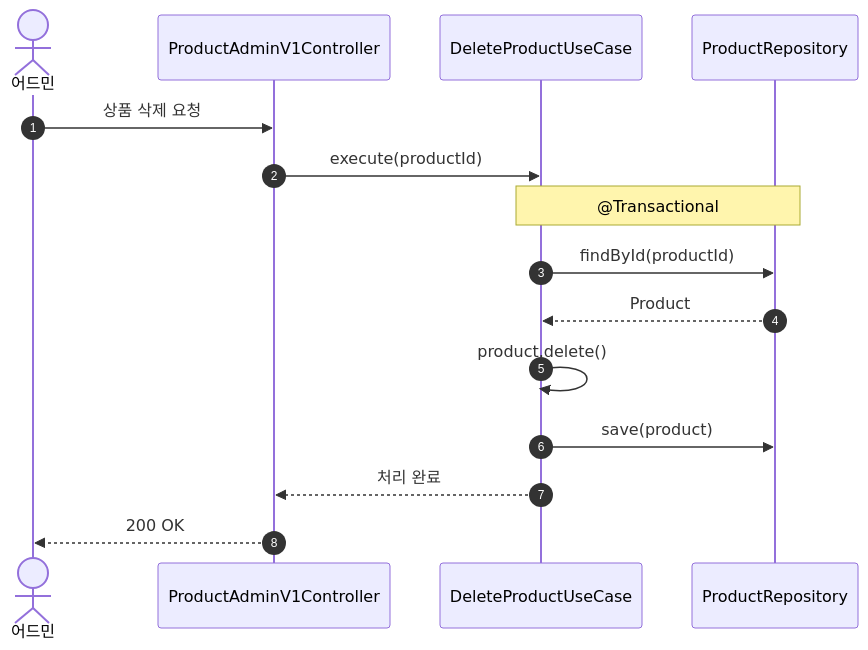
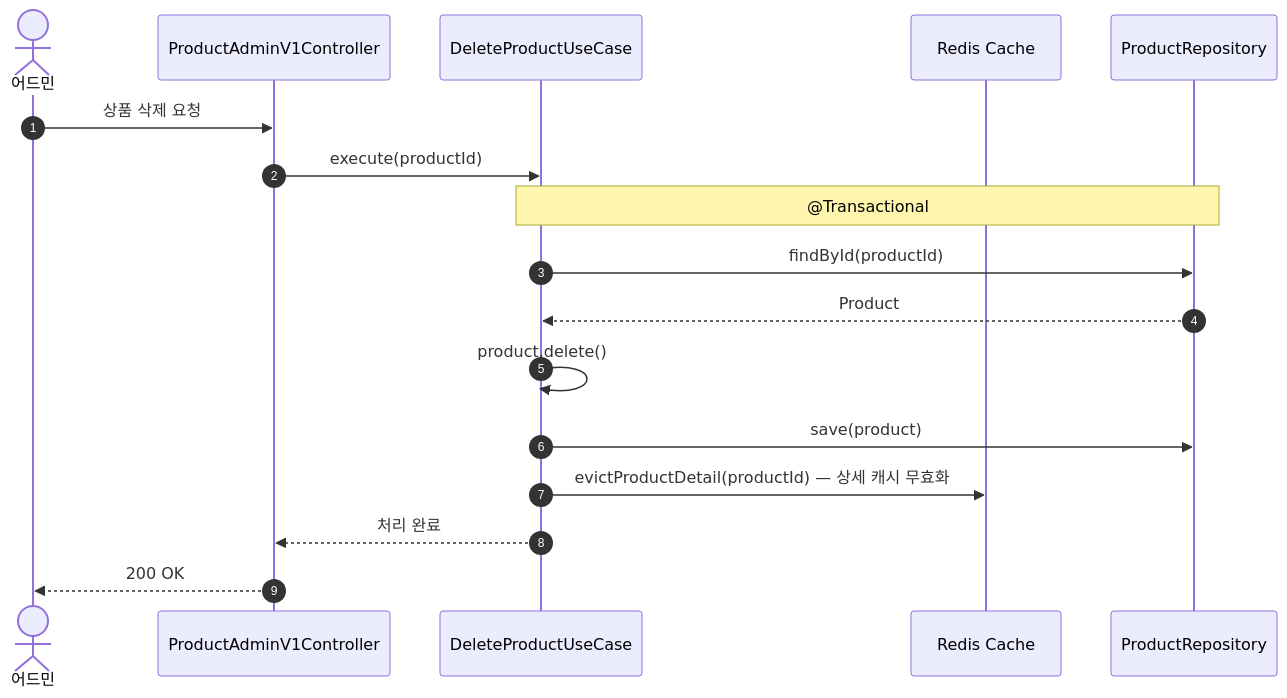
Diagram 14 of 30 in docs/design/02-sequence-diagrams.md (Loopers-dev-lab/loop-pack-be-l2-vol3-kotlin), drawn with Mermaid before and after one commit. The commit also changed other lines of this file and 4 other files, not shown here.

````diff
--- a/docs/design/02-sequence-diagrams.md
+++ b/docs/design/02-sequence-diagrams.md
@@ -376,17 +401,19 @@
 ```mermaid
 sequenceDiagram
     autonumber
     actor Admin as 어드민
     participant C as ProductAdminV1Controller
     participant UC as DeleteProductUseCase
+    participant Cache as Redis Cache
     participant R as ProductRepository
     Admin ->> C: 상품 삭제 요청
     C ->> UC: execute(productId)
     Note over UC, R: @Transactional
     UC ->> R: findById(productId)
     R -->> UC: Product
     UC ->> UC: product.delete()
     UC ->> R: save(product)
+    UC ->> Cache: evictProductDetail(productId) — 상세 캐시 무효화
     UC -->> C: 처리 완료
     C -->> Admin: 200 OK
 ```
````
